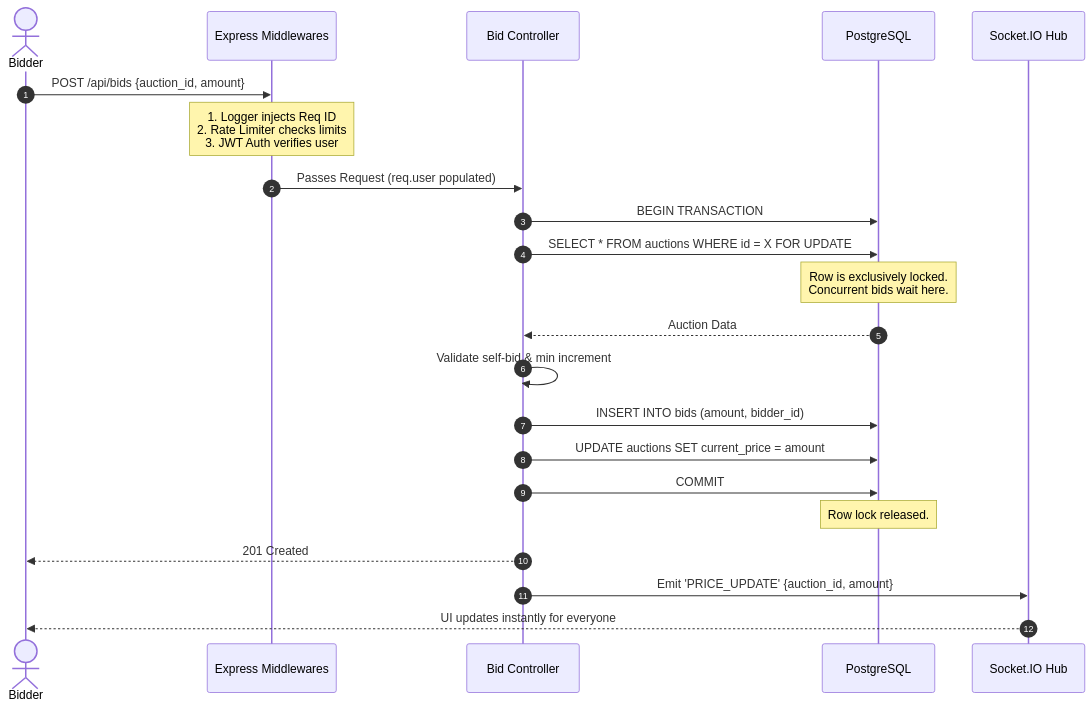
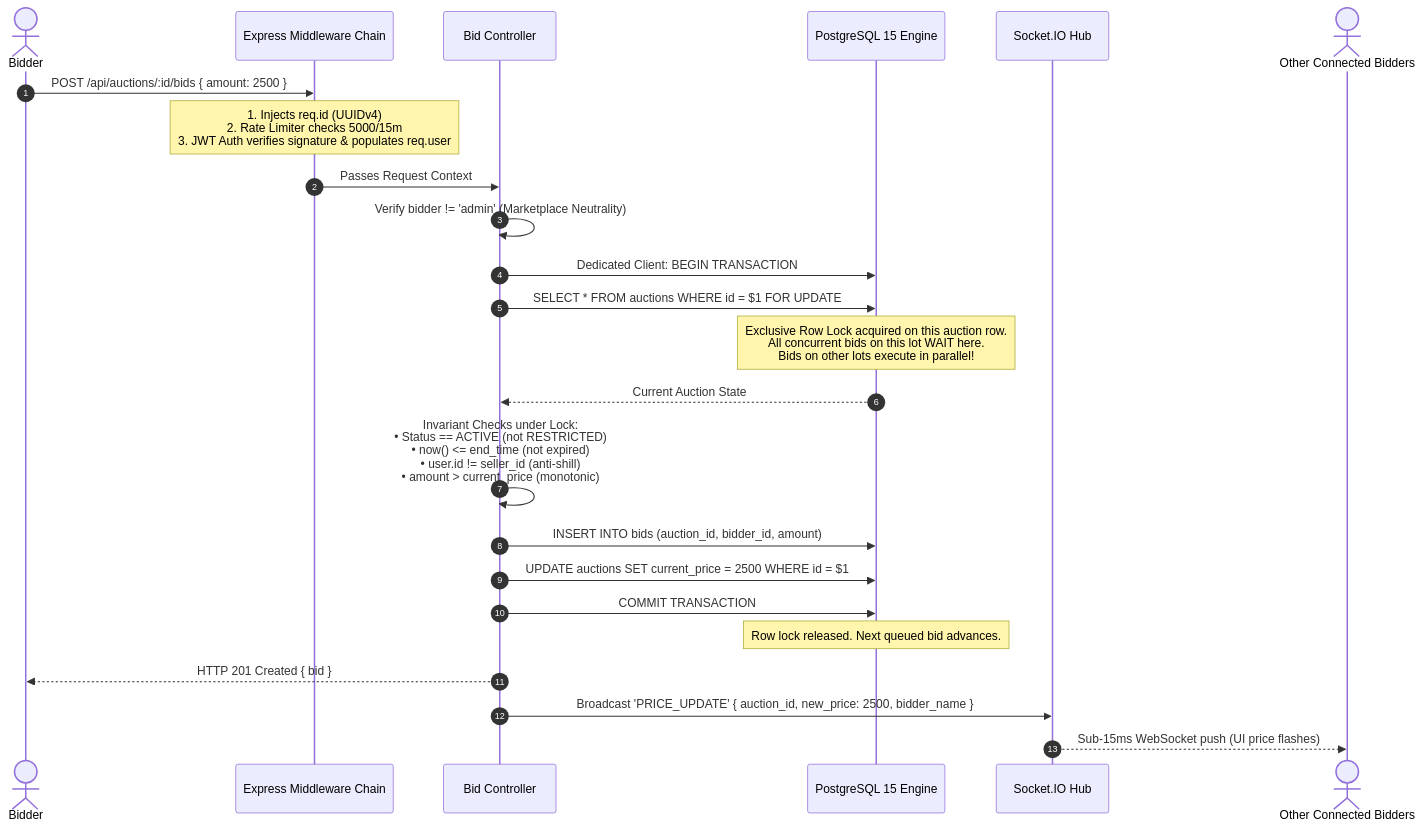
Before and after one commit to 23abhishek2024/auctionloom: the third of 6 diagrams in bidding_system_hld.md, drawn with Mermaid. The commit also changed other lines of this file and 8 other files, not shown here.

````diff
--- a/bidding_system_hld.md
+++ b/bidding_system_hld.md
@@ -174,36 +332,33 @@
 ```mermaid
 sequenceDiagram
     autonumber
     actor Bidder
-    participant MW as Express Middlewares
+    participant MW as Express Middleware Chain
     participant Ctrl as Bid Controller
-    participant DB as PostgreSQL
+    participant DB as PostgreSQL 15 Engine
     participant WS as Socket.IO Hub
+    actor Room as Other Connected Bidders
 
-    Bidder->>MW: POST /api/bids {auction_id, amount}
-    
-    %% Middleware execution
-    Note over MW: 1. Logger injects Req ID<br/>2. Rate Limiter checks limits<br/>3. JWT Auth verifies user
-    MW->>Ctrl: Passes Request (req.user populated)
-    
-    %% Transaction Start
-    Ctrl->>DB: BEGIN TRANSACTION
-    Ctrl->>DB: SELECT * FROM auctions WHERE id = X FOR UPDATE
-    Note over DB: Row is exclusively locked.<br/>Concurrent bids wait here.
-    DB-->>Ctrl: Auction Data
-    
-    %% Business Logic
-    Ctrl->>Ctrl: Validate self-bid & min increment
-    
-    %% Save & Commit
-    Ctrl->>DB: INSERT INTO bids (amount, bidder_id)
-    Ctrl->>DB: UPDATE auctions SET current_price = amount
-    Ctrl->>DB: COMMIT
-    Note over DB: Row lock released.
-    
-    Ctrl-->>Bidder: 201 Created
-    
-    %% Real-time broadcast
-    Ctrl->>WS: Emit 'PRICE_UPDATE' {auction_id, amount}
-    WS-->>Bidder: UI updates instantly for everyone
+    Bidder->>MW: POST /api/auctions/:id/bids { amount: 2500 }
+    Note over MW: 1. Injects req.id (UUIDv4)<br/>2. Rate Limiter checks 5000/15m<br/>3. JWT Auth verifies signature & populates req.user
+    MW->>Ctrl: Passes Request Context
+
+    Ctrl->>Ctrl: Verify bidder != 'admin' (Marketplace Neutrality)
+    Ctrl->>DB: Dedicated Client: BEGIN TRANSACTION
+    Ctrl->>DB: SELECT * FROM auctions WHERE id = $1 FOR UPDATE
+    Note over DB: Exclusive Row Lock acquired on this auction row.<br/>All concurrent bids on this lot WAIT here.<br/>Bids on other lots execute in parallel!
+    DB-->>Ctrl: Current Auction State
+
+    Ctrl->>Ctrl: Invariant Checks under Lock:<br/>• Status == ACTIVE (not RESTRICTED)<br/>• now() <= end_time (not expired)<br/>• user.id != seller_id (anti-shill)<br/>• amount > current_price (monotonic)
+
+    Ctrl->>DB: INSERT INTO bids (auction_id, bidder_id, amount)
+    Ctrl->>DB: UPDATE auctions SET current_price = 2500 WHERE id = $1
+    Ctrl->>DB: COMMIT TRANSACTION
+    Note over DB: Row lock released. Next queued bid advances.
+
+    Ctrl-->>Bidder: HTTP 201 Created { bid }
+
+    %% Real-time broadcast strictly POST-COMMIT
+    Ctrl->>WS: Broadcast 'PRICE_UPDATE' { auction_id, new_price: 2500, bidder_name }
+    WS-->>Room: Sub-15ms WebSocket push (UI price flashes)
 ```
````
